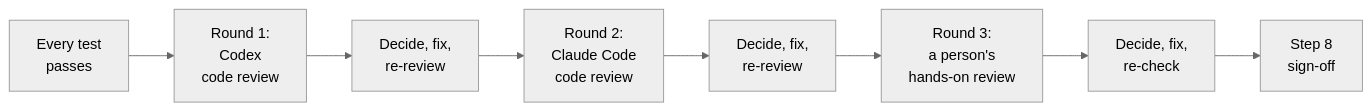
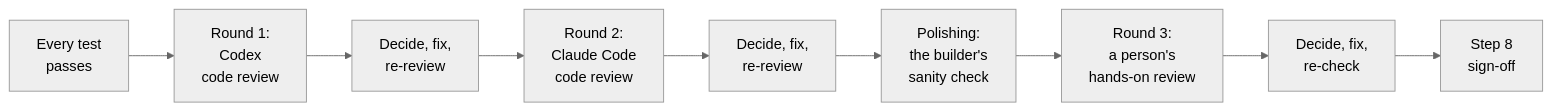
Before and after one commit to b0ts/ai_assisted_sdlc_workflow: the second of 3 diagrams in docs/b08-implementation.md, drawn with Mermaid (neutral theme). The commit also changed other lines of this file and 43 other files, not shown here.

First line of the commit message:
Add the Polishing stage to Step 8, and polish the sample before round 3

````diff
--- a/docs/b08-implementation.md
+++ b/docs/b08-implementation.md
@@ -197,10 +202,11 @@
 ```mermaid
 flowchart LR
     T["Every test<br/>passes"] --> R1["Round 1:<br/>Codex<br/>code review"]
     R1 --> L1["Decide, fix,<br/>re-review"]
     L1 --> R2["Round 2:<br/>Claude Code<br/>code review"]
     R2 --> L2["Decide, fix,<br/>re-review"]
-    L2 --> R3["Round 3:<br/>a person's<br/>hands-on review"]
+    L2 --> P["Polishing:<br/>the builder's<br/>sanity check"]
+    P --> R3["Round 3:<br/>a person's<br/>hands-on review"]
     R3 --> L3["Decide, fix,<br/>re-check"]
     L3 --> SO["Step 8<br/>sign-off"]
 ```
````
